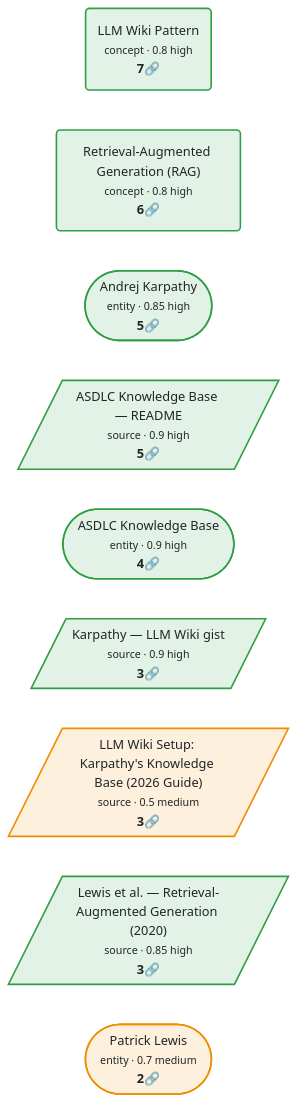
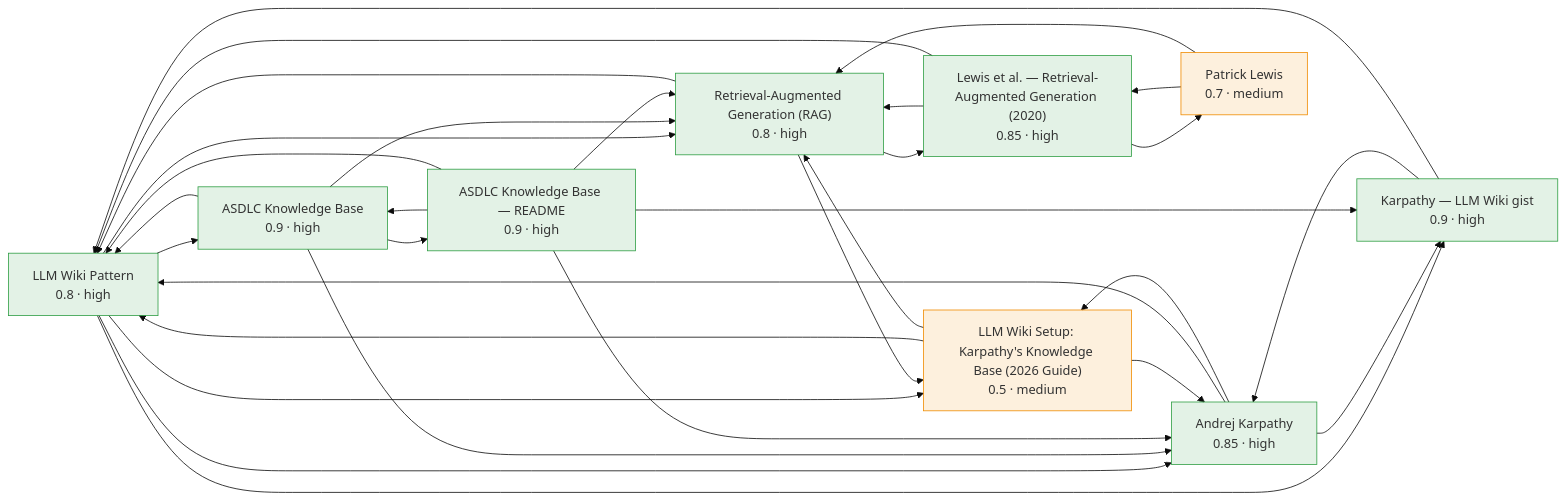
One commit to jvanheerikhuize/asdlc-knowledge changed the diagram in .asdlc/knowledge/wiki/index.md. Above: the diagram before and after it, drawn with Mermaid (base theme). The commit also changed other lines of this file and 1 other file, not shown here.

Commit message:
revert(viz): restore original link graph, keep Connections table
Bring back the original Mermaid diagram (rectangle nodes coloured by
confidence, one directed edge per wikilink) as requested, while keeping the
line-free Connections table below it.

````diff
--- a/.asdlc/knowledge/wiki/index.md
+++ b/.asdlc/knowledge/wiki/index.md
@@ -17,21 +9,51 @@
 ```mermaid
 graph LR
-  llm_wiki_pattern("LLM Wiki Pattern<br/><small>concept · 0.8 high</small><br/><b>7🔗</b>")
-  retrieval_augmented_generation("Retrieval-Augmented Generation (RAG)<br/><small>concept · 0.8 high</small><br/><b>6🔗</b>")
-  andrej_karpathy(["Andrej Karpathy<br/><small>entity · 0.85 high</small><br/><b>5🔗</b>"])
-  asdlc_knowledge_readme[/"ASDLC Knowledge Base — README<br/><small>source · 0.9 high</small><br/><b>5🔗</b>"/]
-  asdlc_knowledge_base(["ASDLC Knowledge Base<br/><small>entity · 0.9 high</small><br/><b>4🔗</b>"])
-  karpathy_llm_wiki[/"Karpathy — LLM Wiki gist<br/><small>source · 0.9 high</small><br/><b>3🔗</b>"/]
-  llm_wiki_setup_guide_2026[/"LLM Wiki Setup: Karpathy's Knowledge Base (2026 Guide)<br/><small>source · 0.5 medium</small><br/><b>3🔗</b>"/]
-  rag_lewis_2020[/"Lewis et al. — Retrieval-Augmented Generation (2020)<br/><small>source · 0.85 high</small><br/><b>3🔗</b>"/]
-  patrick_lewis(["Patrick Lewis<br/><small>entity · 0.7 medium</small><br/><b>2🔗</b>"])
-  style llm_wiki_pattern fill:#2f9e4422,stroke:#2f9e44,stroke-width:2px,color:#212529
-  style retrieval_augmented_generation fill:#2f9e4422,stroke:#2f9e44,stroke-width:2px,color:#212529
-  style andrej_karpathy fill:#2f9e4422,stroke:#2f9e44,stroke-width:2px,color:#212529
-  style asdlc_knowledge_readme fill:#2f9e4422,stroke:#2f9e44,stroke-width:2px,color:#212529
-  style asdlc_knowledge_base fill:#2f9e4422,stroke:#2f9e44,stroke-width:2px,color:#212529
-  style karpathy_llm_wiki fill:#2f9e4422,stroke:#2f9e44,stroke-width:2px,color:#212529
-  style llm_wiki_setup_guide_2026 fill:#f08c0022,stroke:#f08c00,stroke-width:2px,color:#212529
-  style rag_lewis_2020 fill:#2f9e4422,stroke:#2f9e44,stroke-width:2px,color:#212529
-  style patrick_lewis fill:#f08c0022,stroke:#f08c00,stroke-width:2px,color:#212529
+  llm_wiki_pattern["LLM Wiki Pattern<br/>0.8 · high"]
+  style llm_wiki_pattern fill:#2f9e4422,stroke:#2f9e44
+  retrieval_augmented_generation["Retrieval-Augmented Generation (RAG)<br/>0.8 · high"]
+  style retrieval_augmented_generation fill:#2f9e4422,stroke:#2f9e44
+  andrej_karpathy["Andrej Karpathy<br/>0.85 · high"]
+  style andrej_karpathy fill:#2f9e4422,stroke:#2f9e44
+  asdlc_knowledge_base["ASDLC Knowledge Base<br/>0.9 · high"]
+  style asdlc_knowledge_base fill:#2f9e4422,stroke:#2f9e44
+  patrick_lewis["Patrick Lewis<br/>0.7 · medium"]
+  style patrick_lewis fill:#f08c0022,stroke:#f08c00
+  asdlc_knowledge_readme["ASDLC Knowledge Base — README<br/>0.9 · high"]
+  style asdlc_knowledge_readme fill:#2f9e4422,stroke:#2f9e44
+  karpathy_llm_wiki["Karpathy — LLM Wiki gist<br/>0.9 · high"]
+  style karpathy_llm_wiki fill:#2f9e4422,stroke:#2f9e44
+  llm_wiki_setup_guide_2026["LLM Wiki Setup: Karpathy's Knowledge Base (2026 Guide)<br/>0.5 · medium"]
+  style llm_wiki_setup_guide_2026 fill:#f08c0022,stroke:#f08c00
+  rag_lewis_2020["Lewis et al. — Retrieval-Augmented Generation (2020)<br/>0.85 · high"]
+  style rag_lewis_2020 fill:#2f9e4422,stroke:#2f9e44
+  llm_wiki_pattern --> retrieval_augmented_generation
+  llm_wiki_pattern --> karpathy_llm_wiki
+  llm_wiki_pattern --> andrej_karpathy
+  llm_wiki_pattern --> asdlc_knowledge_base
+  llm_wiki_pattern --> llm_wiki_setup_guide_2026
+  retrieval_augmented_generation --> rag_lewis_2020
+  retrieval_augmented_generation --> llm_wiki_pattern
+  retrieval_augmented_generation --> llm_wiki_setup_guide_2026
+  andrej_karpathy --> llm_wiki_pattern
+  andrej_karpathy --> karpathy_llm_wiki
+  andrej_karpathy --> llm_wiki_setup_guide_2026
+  asdlc_knowledge_base --> llm_wiki_pattern
+  asdlc_knowledge_base --> asdlc_knowledge_readme
+  asdlc_knowledge_base --> andrej_karpathy
+  asdlc_knowledge_base --> retrieval_augmented_generation
+  patrick_lewis --> rag_lewis_2020
+  patrick_lewis --> retrieval_augmented_generation
+  asdlc_knowledge_readme --> asdlc_knowledge_base
+  asdlc_knowledge_readme --> llm_wiki_pattern
+  asdlc_knowledge_readme --> retrieval_augmented_generation
+  asdlc_knowledge_readme --> andrej_karpathy
+  asdlc_knowledge_readme --> karpathy_llm_wiki
+  karpathy_llm_wiki --> andrej_karpathy
+  karpathy_llm_wiki --> llm_wiki_pattern
+  llm_wiki_setup_guide_2026 --> llm_wiki_pattern
+  llm_wiki_setup_guide_2026 --> andrej_karpathy
+  llm_wiki_setup_guide_2026 --> retrieval_augmented_generation
+  rag_lewis_2020 --> retrieval_augmented_generation
+  rag_lewis_2020 --> patrick_lewis
+  rag_lewis_2020 --> llm_wiki_pattern
 ```
````
